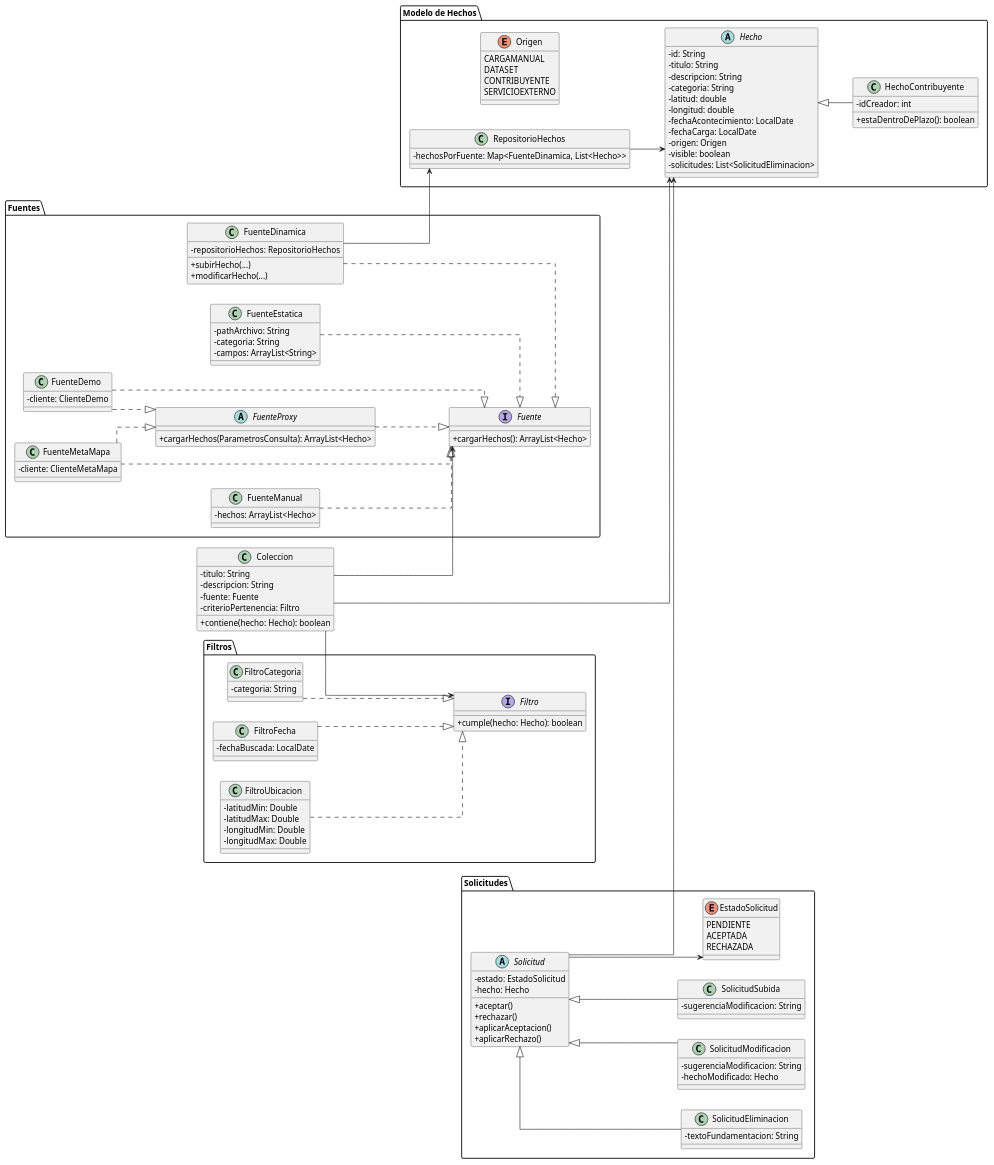
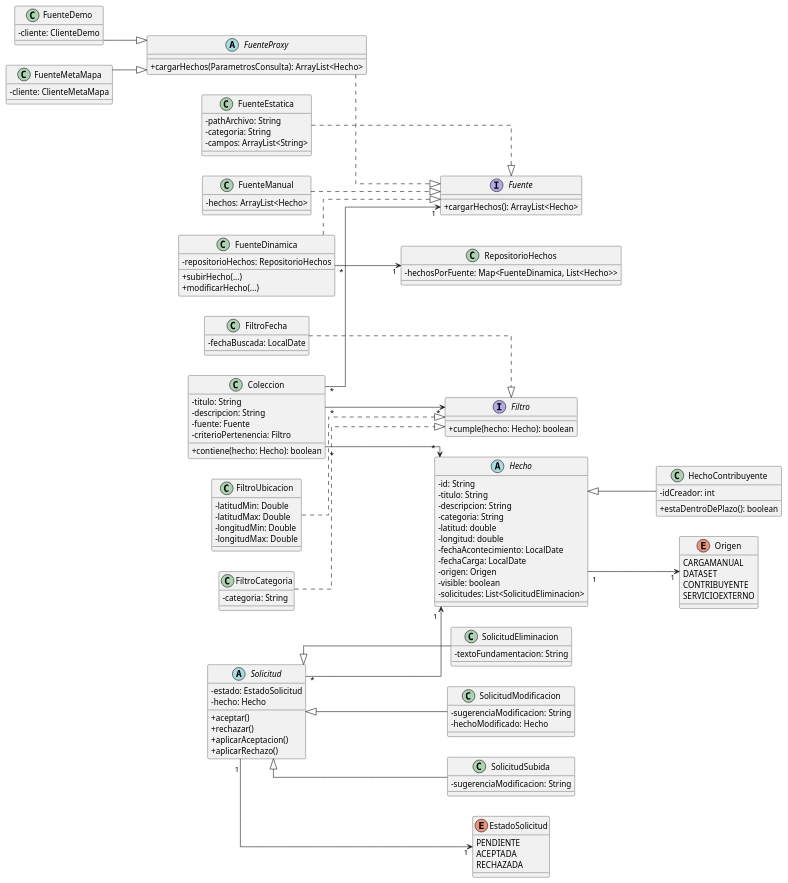
Before and after one commit to ValentinVilla/tpa-diseno-sistemas-2025: the diagram in Diagramas/diagrama.puml, drawn with PlantUML. The commit also changed 1 other file, not shown here.

Commit message:
Fix Diagrama puml

```diff
--- a/Diagramas/diagrama.puml
+++ b/Diagramas/diagrama.puml
@@ -1,163 +1,150 @@
 @startuml
 skinparam classAttributeIconSize 0
 left to right direction
 skinparam linetype ortho
 
-' ==========[ ÁREA: Fuentes ]==========
-package "Fuentes" {
-  interface Fuente {
-    + cargarHechos(): ArrayList<Hecho>
-  }
-
-  abstract class FuenteProxy {
-    + cargarHechos(ParametrosConsulta): ArrayList<Hecho>
-  }
-
-  class FuenteDinamica {
-    - repositorioHechos: RepositorioHechos
-    + subirHecho(...)
-    + modificarHecho(...)
-  }
-
-  class FuenteEstatica {
-    - pathArchivo: String
-    - categoria: String
-    - campos: ArrayList<String>
-  }
-
-  class FuenteDemo {
-    - cliente: ClienteDemo
-  }
-
-  class FuenteMetaMapa {
-    - cliente: ClienteMetaMapa
-  }
-
-  class FuenteManual {
-    - hechos: ArrayList<Hecho>
-  }
-
-  FuenteDinamica ..|> Fuente
-  FuenteEstatica ..|> Fuente
-  FuenteDemo ..|> Fuente
-  FuenteMetaMapa ..|> Fuente
-  FuenteManual ..|> Fuente
-  FuenteProxy ..|> Fuente
-  FuenteDemo ..|> FuenteProxy
-  FuenteMetaMapa ..|> FuenteProxy
+interface Fuente {
+  + cargarHechos(): ArrayList<Hecho>
 }
 
-' ==========[ ÁREA: Hechos y Repositorio ]==========
-package "Modelo de Hechos" {
-  abstract class Hecho {
-    - id: String
-    - titulo: String
-    - descripcion: String
-    - categoria: String
-    - latitud: double
-    - longitud: double
-    - fechaAcontecimiento: LocalDate
-    - fechaCarga: LocalDate
-    - origen: Origen
-    - visible: boolean
-    - solicitudes: List<SolicitudEliminacion>
-  }
-
-  class HechoContribuyente {
-    - idCreador: int
-    + estaDentroDePlazo(): boolean
-  }
-
-  enum Origen {
-    CARGAMANUAL
-    DATASET
-    CONTRIBUYENTE
-    SERVICIOEXTERNO
-  }
-
-  class RepositorioHechos {
-    - hechosPorFuente: Map<FuenteDinamica, List<Hecho>>
-  }
-
-  Hecho <|-- HechoContribuyente
-  FuenteDinamica --> RepositorioHechos
-  RepositorioHechos --> Hecho
+abstract class FuenteProxy {
+  + cargarHechos(ParametrosConsulta): ArrayList<Hecho>
 }
 
-' ==========[ ÁREA: Solicitudes ]==========
-package "Solicitudes" {
-  abstract class Solicitud {
-    - estado: EstadoSolicitud
-    - hecho: Hecho
-    + aceptar()
-    + rechazar()
-    + aplicarAceptacion()
-    + aplicarRechazo()
-  }
-
-  class SolicitudEliminacion {
-    - textoFundamentacion: String
-  }
-
-  class SolicitudModificacion {
-    - sugerenciaModificacion: String
-    - hechoModificado: Hecho
-  }
-
-  class SolicitudSubida {
-    - sugerenciaModificacion: String
-  }
-
-  enum EstadoSolicitud {
-    PENDIENTE
-    ACEPTADA
-    RECHAZADA
-  }
-
-  Solicitud <|-- SolicitudEliminacion
-  Solicitud <|-- SolicitudModificacion
-  Solicitud <|-- SolicitudSubida
-  Solicitud --> EstadoSolicitud
-  Solicitud --> Hecho
+class FuenteDinamica {
+  - repositorioHechos: RepositorioHechos
+  + subirHecho(...)
+  + modificarHecho(...)
 }
 
-' ==========[ ÁREA: Filtros ]==========
-package "Filtros" {
-  interface Filtro {
-    + cumple(hecho: Hecho): boolean
-  }
-
-  class FiltroCategoria {
-    - categoria: String
-  }
-
-  class FiltroFecha {
-    - fechaBuscada: LocalDate
-  }
-
-  class FiltroUbicacion {
-    - latitudMin: Double
-    - latitudMax: Double
-    - longitudMin: Double
-    - longitudMax: Double
-  }
-
-  FiltroCategoria ..|> Filtro
-  FiltroFecha ..|> Filtro
-  FiltroUbicacion ..|> Filtro
+class FuenteEstatica {
+  - pathArchivo: String
+  - categoria: String
+  - campos: ArrayList<String>
 }
 
-' ==========[ ÁREA: Colección ]==========
+class FuenteDemo {
+  - cliente: ClienteDemo
+}
+
+class FuenteMetaMapa {
+  - cliente: ClienteMetaMapa
+}
+
+class FuenteManual {
+  - hechos: ArrayList<Hecho>
+}
+
+abstract class Hecho {
+  - id: String
+  - titulo: String
+  - descripcion: String
+  - categoria: String
+  - latitud: double
+  - longitud: double
+  - fechaAcontecimiento: LocalDate
+  - fechaCarga: LocalDate
+  - origen: Origen
+  - visible: boolean
+  - solicitudes: List<SolicitudEliminacion>
+}
+
+class HechoContribuyente {
+  - idCreador: int
+  + estaDentroDePlazo(): boolean
+}
+
+enum Origen {
+  CARGAMANUAL
+  DATASET
+  CONTRIBUYENTE
+  SERVICIOEXTERNO
+}
+
+class RepositorioHechos {
+  - hechosPorFuente: Map<FuenteDinamica, List<Hecho>>
+}
+
+abstract class Solicitud {
+  - estado: EstadoSolicitud
+  - hecho: Hecho
+  + aceptar()
+  + rechazar()
+  + aplicarAceptacion()
+  + aplicarRechazo()
+}
+
+class SolicitudEliminacion {
+  - textoFundamentacion: String
+}
+
+class SolicitudModificacion {
+  - sugerenciaModificacion: String
+  - hechoModificado: Hecho
+}
+
+class SolicitudSubida {
+  - sugerenciaModificacion: String
+}
+
+enum EstadoSolicitud {
+  PENDIENTE
+  ACEPTADA
+  RECHAZADA
+}
+
+interface Filtro {
+  + cumple(hecho: Hecho): boolean
+}
+
+class FiltroCategoria {
+  - categoria: String
+}
+
+class FiltroFecha {
+  - fechaBuscada: LocalDate
+}
+
+class FiltroUbicacion {
+  - latitudMin: Double
+  - latitudMax: Double
+  - longitudMin: Double
+  - longitudMax: Double
+}
+
 class Coleccion {
   - titulo: String
   - descripcion: String
   - fuente: Fuente
   - criterioPertenencia: Filtro
   + contiene(hecho: Hecho): boolean
 }
 
-Coleccion --> Fuente
-Coleccion --> Filtro
-Coleccion --> Hecho
+FuenteDinamica ..|> Fuente
+FuenteEstatica ..|> Fuente
+FuenteManual ..|> Fuente
+FuenteProxy ..|> Fuente
+FuenteDemo --|> FuenteProxy
+FuenteMetaMapa --|> FuenteProxy
+
+Hecho <|-- HechoContribuyente
+Hecho "1"-->"1" Origen
+FuenteDinamica "*" --> "1" RepositorioHechos
+
+
+Solicitud <|-- SolicitudEliminacion
+Solicitud <|-- SolicitudModificacion
+Solicitud <|-- SolicitudSubida
+Solicitud "1"-->"1"EstadoSolicitud
+Solicitud "*"-->"1" Hecho
+
+FiltroCategoria ..|> Filtro
+FiltroFecha ..|> Filtro
+FiltroUbicacion ..|> Filtro
+
+Coleccion "*"-->"1" Fuente
+Coleccion "*"-->"*" Filtro
+Coleccion "*"-->"*"Hecho
+
 
 @enduml
```
